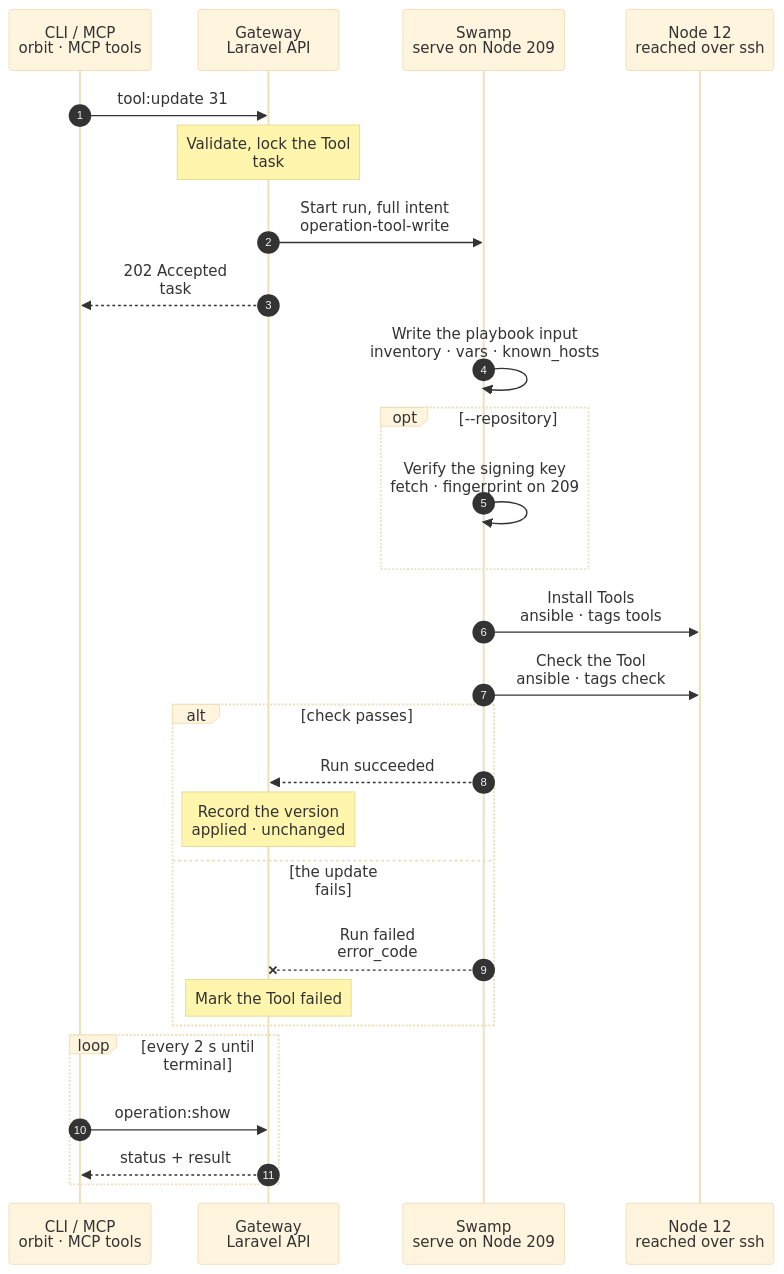
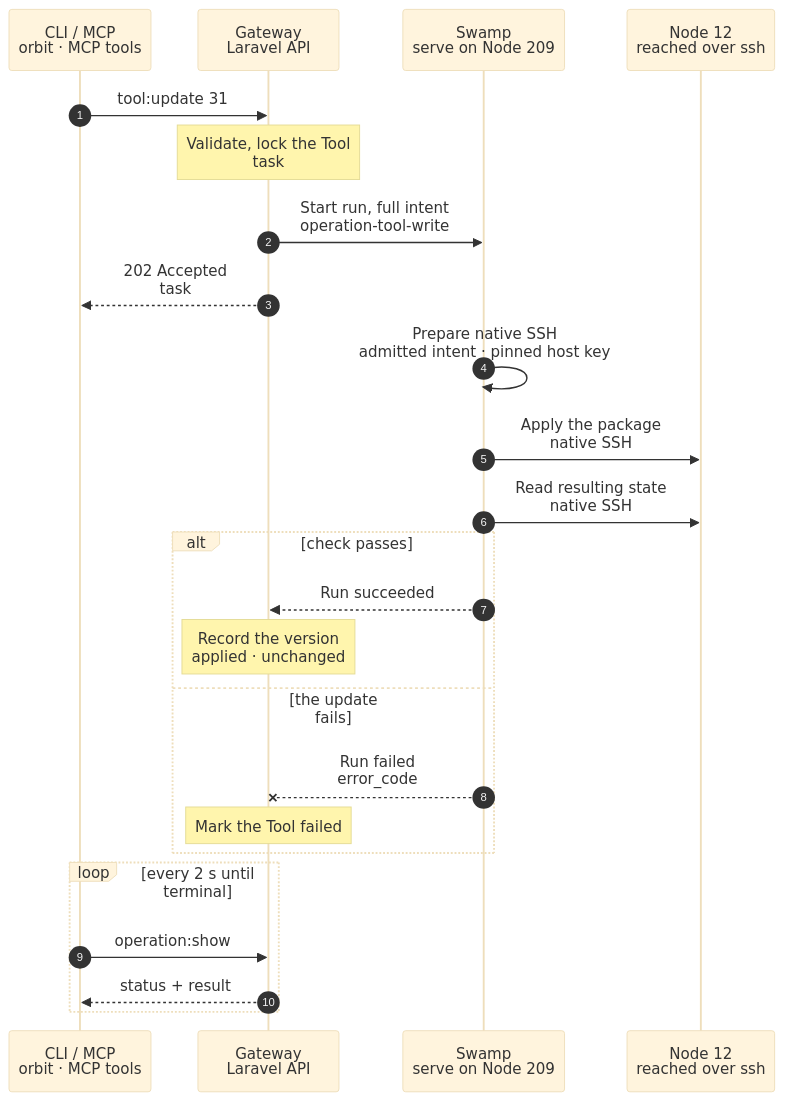
The diagram in docs/cli/tool/update.mmd (hardimpactdev/orbit), drawn with Mermaid (base theme) before and after one commit. The commit also changed 288 other files, not shown here.

First line of the commit message:
Manage core and optional tools through the Gateway, with explicit apt repositories (#4239)

```diff
--- a/docs/cli/tool/update.mmd
+++ b/docs/cli/tool/update.mmd
@@ -1,49 +1,48 @@
 sequenceDiagram
-  %% Target design: fleet maintenance redesign 2026-11-03 (one Tools phase shared with node:converge; 24 h / CVE version rule). Same shape as tool.install. docs/reference/tools.md#update-a-tool.
+  %% docs/reference/tools.md#install-and-update-a-tool
   %% status: draft
   %% command: tool:update
   %% kind: tool.update
   %% Pinned Debian downloads use native SSH curl exit codes for transport-only fallback, then verify the pin before publication.
   autonumber
   %% lane CLI icon=terminal pill=caller tone=gray
   %% lane GW icon=gateway pill=intent tone=blue
   %% lane SW icon=workflow pill=executes tone=green
   %% lane N icon=server pill=target tone=amber
   participant CLI as CLI / MCP<br/>orbit · MCP tools
   participant GW as Gateway<br/>Laravel API
   participant SW as Swamp<br/>serve on Node 209
   participant N as Node 12<br/>reached over ssh
   CLI->>GW: tool:update 31
   %%> Command:
   %%> - `orbit tool:update 31`
-  %%> - syntax: `<tool> [--repository=JSON] [--idempotency-key=KEY] [--json]`
+  %%> - syntax: `<tool> [--tool-version=VERSION] [--repository=NAME] [--idempotency-key=KEY] [--json]`
   Note over GW: Validate, lock the Tool<br/>task #5134 · ripgrep on Node 12
   %%> Requirements:
   %%> - your Node has an access grant to Node 12
+  %%> - file mode requires its declared coordinate without overrides; database mode retains an existing pin unless the caller supplies a new one
+  %%> - a host `conn-server` update records the desired release without a Swamp run; an explicit rollout applies it
+  %%> - an apt Tool's repository must be ready (`tool.repository_not_ready`); `--repository` may only repeat the one it references (`tool.repository_conflict`)
   GW->>SW: Start run, full intent<br/>operation-tool-write
   GW-->>CLI: 202 Accepted<br/>task #5134
-  SW->>SW: Write the playbook input<br/>inventory · vars · known_hosts
-  opt --repository
-    SW->>SW: Verify the signing key<br/>fetch · fingerprint on 209
-    %%> Why on 209:
-    %%> - a wrong key stops the run before Node 12 is touched
-  end
-  SW->>N: Install Tools<br/>ansible · tags tools
-  %%> Why the converge phase:
-  %%> - an update is the same phase as an install, limited to this Tool
+  SW->>SW: Prepare native SSH<br/>admitted intent · pinned host key
+  SW->>N: Apply the package<br/>native SSH
+  %%> Scope:
+  %%> - update uses the direct install/update workflow, limited to this Tool; it shares admission and candidate policy, not the Ansible executor, with convergence
+  %%> - a repository's preference holds only owned Tools until this Tool is verified installed from it; then it adds this Tool
   %%> Version:
-  %%> - the newest in the constraint that is at least 24 hours old, or fixes a known CVE
-  SW->>N: Check the Tool<br/>ansible · tags check
+  %%> - select the exact admitted version, or the manager's candidate for an unpinned database Tool; check the constraint before writing
+  SW->>N: Read resulting state<br/>native SSH
   alt check passes
     SW-->>GW: Run succeeded
     Note over GW: Record the version<br/>applied · unchanged
   else the update fails
     SW--xGW: Run failed<br/>error_code
     %%> On failure:
     %%> - the Tool keeps its old version when the package manager did not change it
     Note over GW: Mark the Tool failed
   end
   loop every 2 s until terminal
     CLI->>GW: operation:show #5134
     GW-->>CLI: status + result
   end
```
